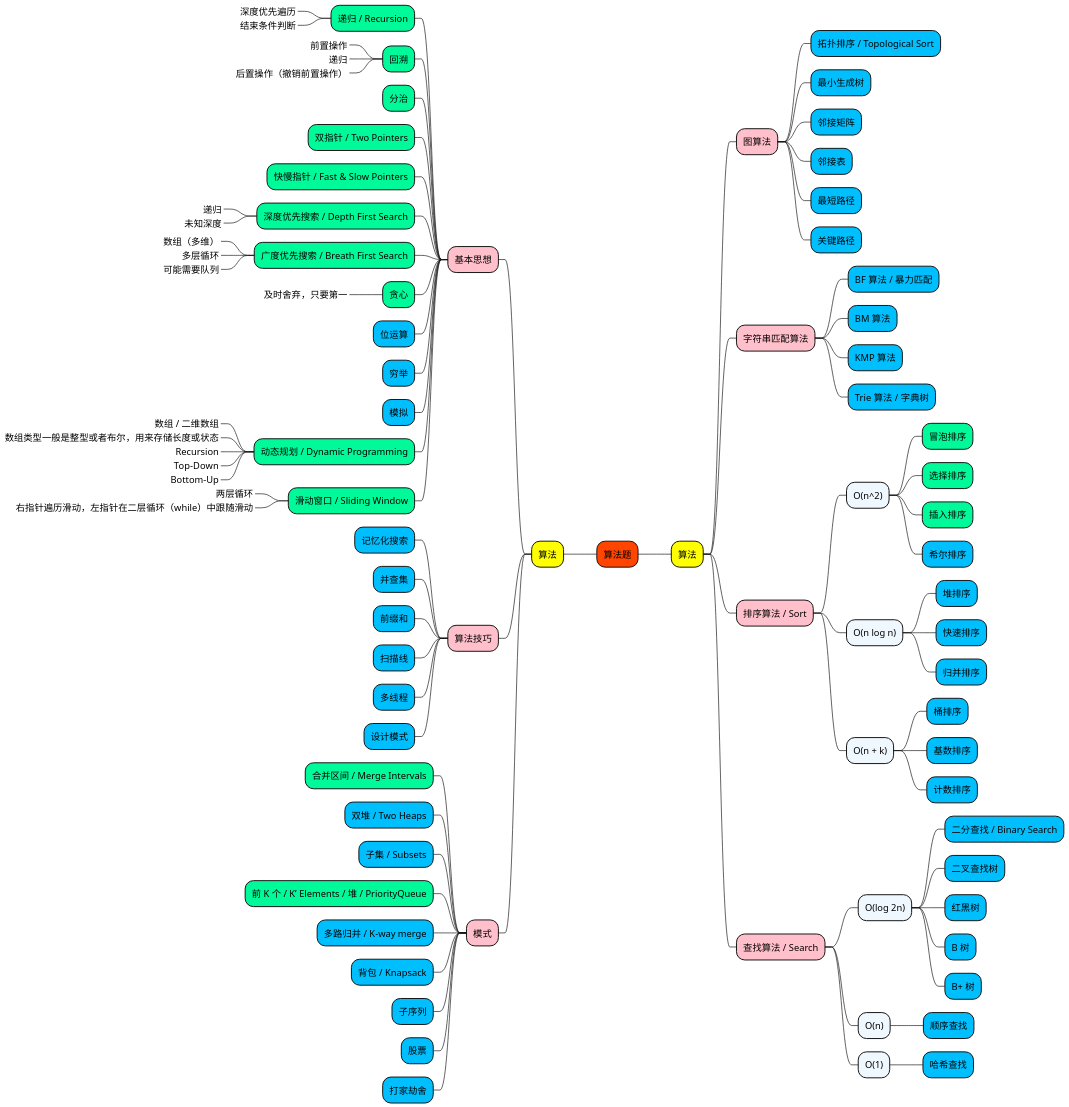
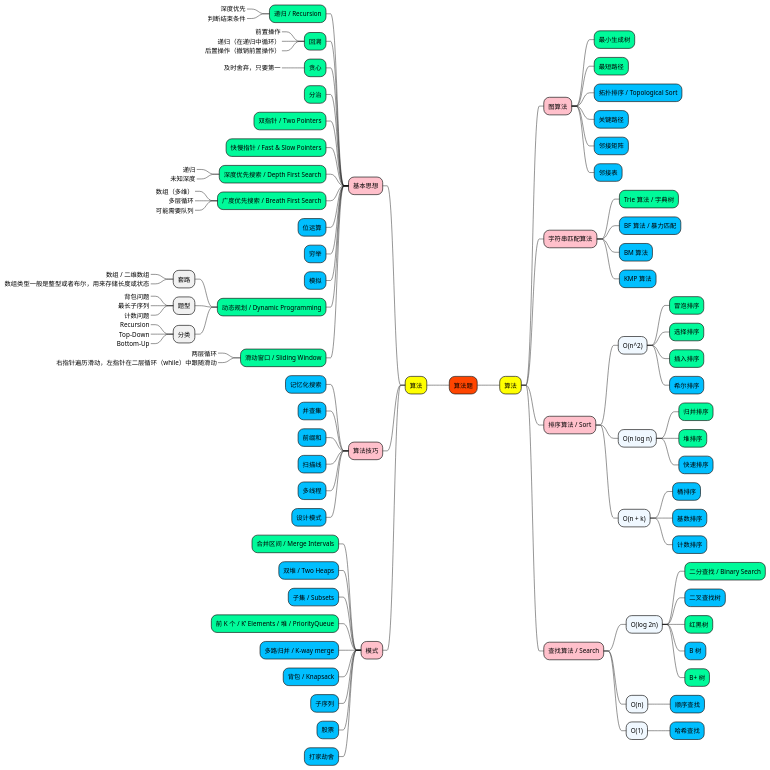
One commit to doveg/self-cultivation-of-a-software-engineer changed the diagram in 2_note/algorithm/algorithm-problem/AlgorithmProblem-算法.puml. Above: the diagram before and after it, drawn with PlantUML. The commit also changed 1 other file, not shown here.

```diff
--- a/2_note/algorithm/algorithm-problem/AlgorithmProblem-算法.puml
+++ b/2_note/algorithm/algorithm-problem/AlgorithmProblem-算法.puml
@@ -1,125 +1,131 @@
 @startmindmap
-scale 2500 height
 
 +[#OrangeRed] 算法题
 
 --[#yellow] 算法
 
 ---[#Pink] 基本思想
 
 ----[#MediumSpringGreen] 递归 / Recursion
------_ 深度优先遍历
------_ 结束条件判断
+-----_ 深度优先
+-----_ 判断结束条件
 
 ----[#MediumSpringGreen] 回溯
 -----_ 前置操作
------_ 递归
+-----_ 递归（在递归中循环）
 -----_ 后置操作（撤销前置操作）
+
+----[#MediumSpringGreen] 贪心
+-----_ 及时舍弃，只要第一
 
 ----[#MediumSpringGreen] 分治
 ----[#MediumSpringGreen] 双指针 / Two Pointers
 ----[#MediumSpringGreen] 快慢指针 / Fast & Slow Pointers
 
 ----[#MediumSpringGreen] 深度优先搜索 / Depth First Search
 -----_ 递归
 -----_ 未知深度
 
 ----[#MediumSpringGreen] 广度优先搜索 / Breath First Search
 -----_ 数组（多维）
 -----_ 多层循环
 -----_ 可能需要队列
 
-----[#MediumSpringGreen] 贪心
------_ 及时舍弃，只要第一
 
 ----[#DeepSkyBlue] 位运算
 ----[#DeepSkyBlue] 穷举
 ----[#DeepSkyBlue] 模拟
 
 ----[#MediumSpringGreen] 动态规划 / Dynamic Programming
------_ 数组 / 二维数组
------_ 数组类型一般是整型或者布尔，用来存储长度或状态
------_ Recursion
------_ Top-Down
------_ Bottom-Up
+----- 套路
+------_ 数组 / 二维数组
+------_ 数组类型一般是整型或者布尔，用来存储长度或状态
+----- 题型
+------_ 背包问题
+------_ 最长子序列
+------_ 计数问题
+----- 分类
+------_ Recursion
+------_ Top-Down
+------_ Bottom-Up
 
 ----[#MediumSpringGreen] 滑动窗口 / Sliding Window
 -----_ 两层循环
 -----_ 右指针遍历滑动，左指针在二层循环（while）中跟随滑动
 
 
 ---[#Pink] 算法技巧
 
 ----[#DeepSkyBlue] 记忆化搜索
 ----[#DeepSkyBlue] 并查集
 ----[#DeepSkyBlue] 前缀和
 ----[#DeepSkyBlue] 扫描线
 
 ----[#DeepSkyBlue] 多线程
 ----[#DeepSkyBlue] 设计模式
 
 
 ---[#Pink] 模式
 
 ----[#MediumSpringGreen] 合并区间 / Merge Intervals
 ----[#DeepSkyBlue] 双堆 / Two Heaps
 ----[#DeepSkyBlue] 子集 / Subsets
 ----[#MediumSpringGreen] 前 K 个 / K’ Elements / 堆 / PriorityQueue
 ----[#DeepSkyBlue] 多路归并 / K-way merge
 ----[#DeepSkyBlue] 背包 / Knapsack
 ----[#DeepSkyBlue] 子序列
 ----[#DeepSkyBlue] 股票
 ----[#DeepSkyBlue] 打家劫舍
 
 
 ++[#yellow] 算法
 
 +++[#Pink] 图算法
 
+++++[#MediumSpringGreen] 最小生成树
+++++[#MediumSpringGreen] 最短路径
 ++++[#DeepSkyBlue] 拓扑排序 / Topological Sort
-++++[#DeepSkyBlue] 最小生成树
+++++[#DeepSkyBlue] 关键路径
 ++++[#DeepSkyBlue] 邻接矩阵
 ++++[#DeepSkyBlue] 邻接表
-++++[#DeepSkyBlue] 最短路径
-++++[#DeepSkyBlue] 关键路径
 
 +++[#Pink] 字符串匹配算法
 
+++++[#MediumSpringGreen] Trie 算法 / 字典树
 ++++[#DeepSkyBlue] BF 算法 / 暴力匹配
 ++++[#DeepSkyBlue] BM 算法
 ++++[#DeepSkyBlue] KMP 算法
-++++[#DeepSkyBlue] Trie 算法 / 字典树
 
 +++[#Pink] 排序算法 / Sort
 
 ++++[#AliceBlue] O(n^2)
 +++++[#MediumSpringGreen] 冒泡排序
 +++++[#MediumSpringGreen] 选择排序
 +++++[#MediumSpringGreen] 插入排序
 +++++[#DeepSkyBlue] 希尔排序
 ++++[#AliceBlue] O(n log n)
-+++++[#DeepSkyBlue] 堆排序
++++++[#MediumSpringGreen] 归并排序
++++++[#MediumSpringGreen] 堆排序
 +++++[#DeepSkyBlue] 快速排序
-+++++[#DeepSkyBlue] 归并排序
 ++++[#AliceBlue] O(n + k)
 +++++[#DeepSkyBlue] 桶排序
 +++++[#DeepSkyBlue] 基数排序
 +++++[#DeepSkyBlue] 计数排序
 
 +++[#Pink] 查找算法 / Search
 
 ++++[#AliceBlue] O(log 2n)
-+++++[#DeepSkyBlue] 二分查找 / Binary Search
++++++[#MediumSpringGreen] 二分查找 / Binary Search
 +++++[#DeepSkyBlue] 二叉查找树
-+++++[#DeepSkyBlue] 红黑树
++++++[#MediumSpringGreen] 红黑树
 +++++[#DeepSkyBlue] B 树
-+++++[#DeepSkyBlue] B+ 树
++++++[#MediumSpringGreen] B+ 树
 ++++[#AliceBlue] O(n)
 +++++[#DeepSkyBlue] 顺序查找
 ++++[#AliceBlue] O(1)
 +++++[#DeepSkyBlue] 哈希查找
 
 
 
 
 @endmindmap
```
